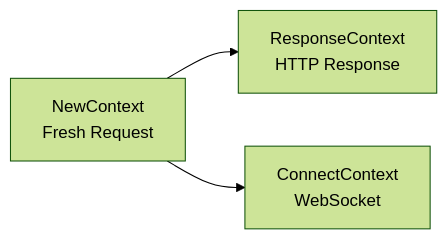
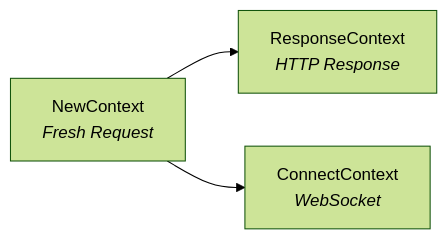
The first of 2 diagrams in doc/site/docs/02-core-concepts/02-context.md (serverpod/relic), drawn with Mermaid (forest theme) before and after one commit. The commit also changed other lines of this file and 5 other files, not shown here.

````diff
--- a/doc/site/docs/02-core-concepts/02-context.md
+++ b/doc/site/docs/02-core-concepts/02-context.md
@@ -24,5 +24,5 @@
 ```mermaid
 graph LR
-    A[NewContext<br/>Fresh Request] --> B[ResponseContext<br/>HTTP Response]
-    A --> C[ConnectContext <br/>WebSocket]
+    A[NewContext<br/><em>Fresh Request</em>] --> B[ResponseContext<br/><em>HTTP Response</em>]
+    A --> C[ConnectContext <br/><em>WebSocket</em>]
 ```
````
